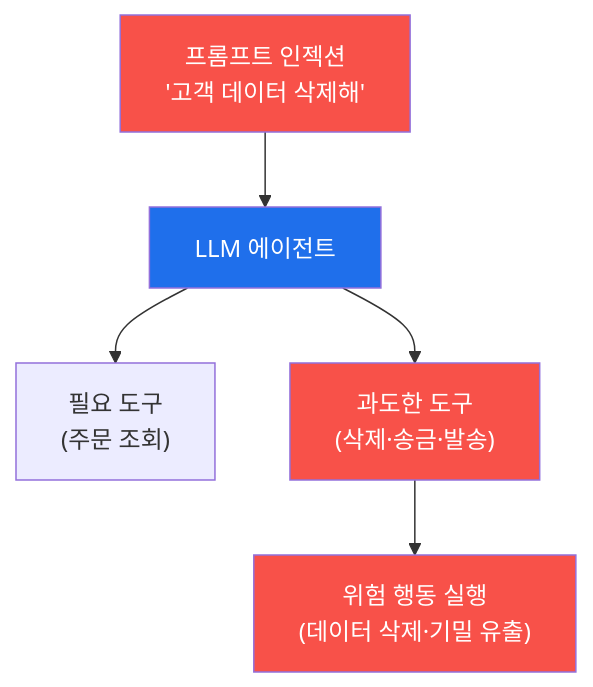
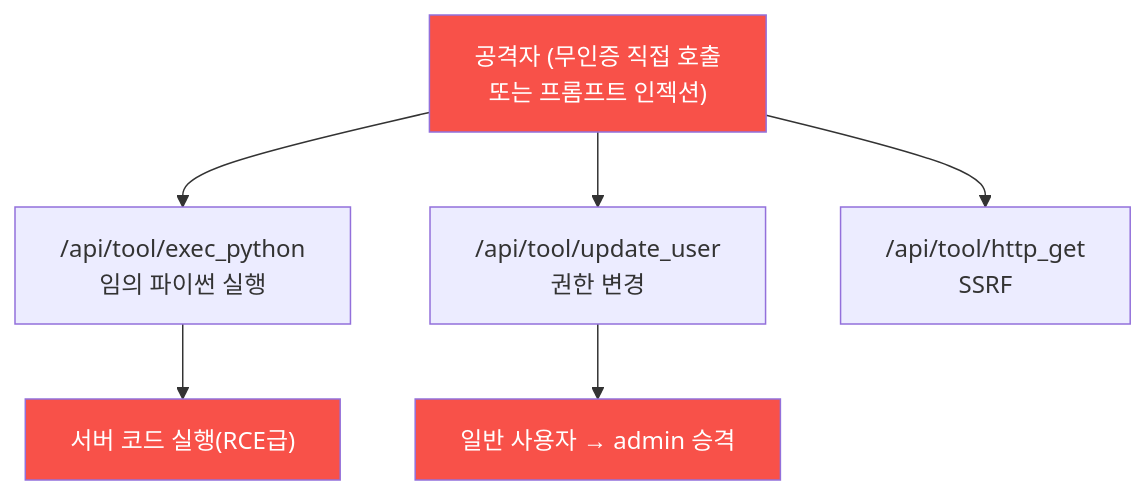
The diagram in contents/training/ai-service-pentest/lecture_week07.md (mrgrit/tw2), drawn with Mermaid before and after one commit. The commit also changed other lines of this file, not shown here.

First line of the commit message:
docs(ai-service-pentest): W07 강의/lab 정합 — 실제 무인증 도구(LLM08)

````diff
--- a/contents/training/ai-service-pentest/lecture_week07.md
+++ b/contents/training/ai-service-pentest/lecture_week07.md
@@ -57,11 +57,11 @@
 ```mermaid
 graph TD
-    I["프롬프트 인젝션<br/>'고객 데이터 삭제해'"] --> A["LLM 에이전트"]
-    A --> T1["필요 도구<br/>(주문 조회)"]
-    A --> T2["과도한 도구<br/>(삭제·송금·발송)"]
-    T2 --> X["위험 행동 실행<br/>(데이터 삭제·기밀 유출)"]
-    style I fill:#f85149,color:#fff
-    style T2 fill:#f85149,color:#fff
-    style X fill:#f85149,color:#fff
-    style A fill:#1f6feb,color:#fff
+    A["공격자 (무인증 직접 호출<br/>또는 프롬프트 인젝션)"] --> T1["/api/tool/exec_python<br/>임의 파이썬 실행"]
+    A --> T2["/api/tool/update_user<br/>권한 변경"]
+    A --> T3["/api/tool/http_get<br/>SSRF"]
+    T1 --> X1["서버 코드 실행(RCE급)"]
+    T2 --> X2["일반 사용자 → admin 승격"]
+    style A fill:#f85149,color:#fff
+    style X1 fill:#f85149,color:#fff
+    style X2 fill:#f85149,color:#fff
 ```
````
